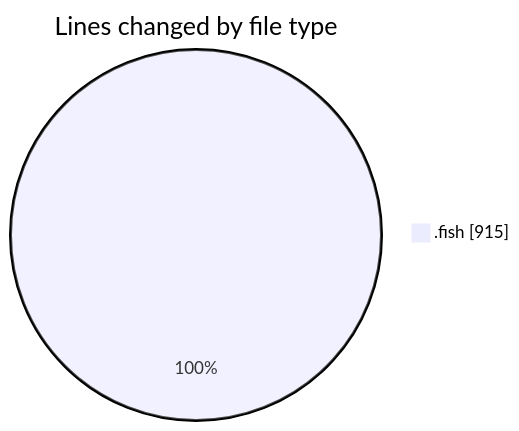
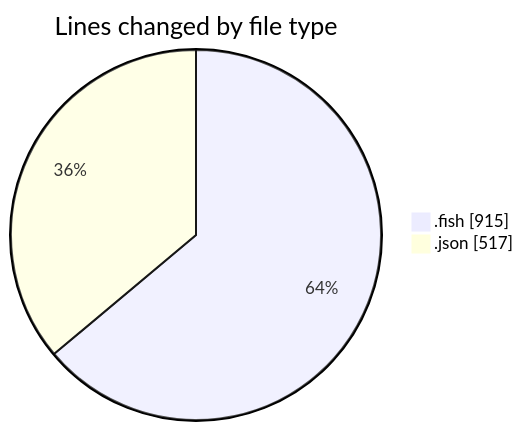
Before and after one commit to EIIisD/code-tracking: the first of 2 diagrams in 2025-07-12/fish/README.md, drawn with Mermaid. The commit also changed other lines of this file and 1 other file, not shown here.

````diff
--- a/2025-07-12/fish/README.md
+++ b/2025-07-12/fish/README.md
@@ -22,5 +23,6 @@
 ```mermaid
 pie showData
 title Lines changed by file type
 ".fish" : 915
+".json" : 517
 ```
````
